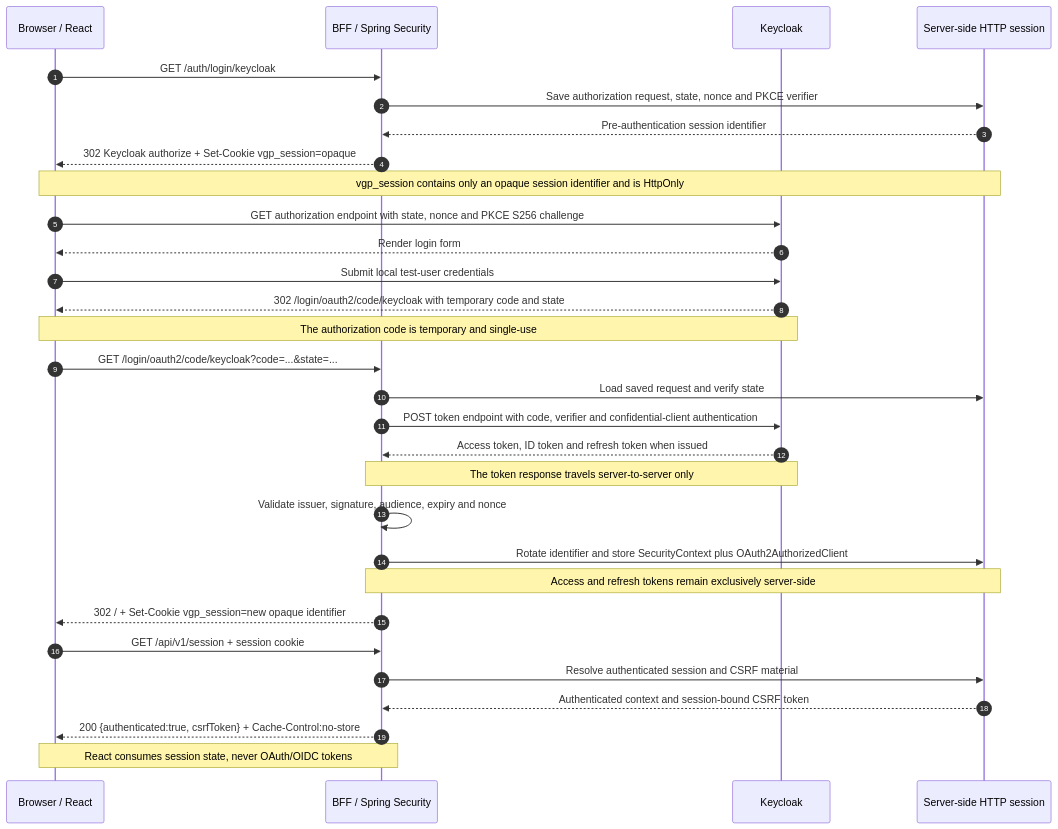
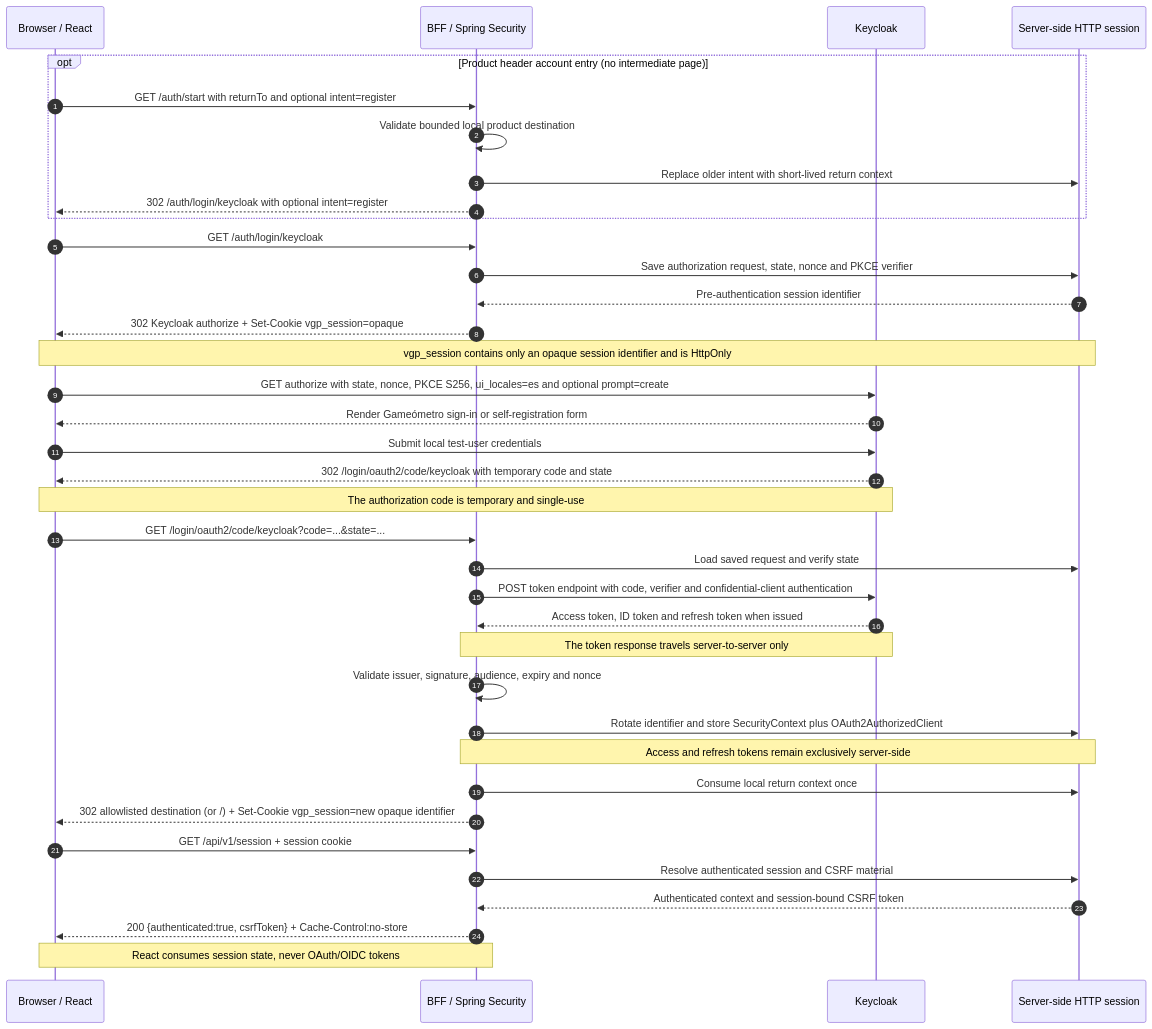
One commit to rubhern/videogame-platform changed the diagram in docs/architecture/diagrams/mermaid/oidc-bff-session-sequence.mmd. Above: the diagram before and after it, drawn with Mermaid. The commit also changed 49 other files, not shown here.

First line of the commit message:
feat(identity): add secure account navigation and local return (#215)

```diff
--- a/docs/architecture/diagrams/mermaid/oidc-bff-session-sequence.mmd
+++ b/docs/architecture/diagrams/mermaid/oidc-bff-session-sequence.mmd
@@ -1,32 +1,39 @@
 sequenceDiagram
     autonumber
 
     participant Browser as Browser / React
     participant BFF as BFF / Spring Security
     participant Keycloak
     participant Session as Server-side HTTP session
 
+    opt Product header account entry (no intermediate page)
+        Browser->>BFF: GET /auth/start with returnTo and optional intent=register
+        BFF->>BFF: Validate bounded local product destination
+        BFF->>Session: Replace older intent with short-lived return context
+        BFF-->>Browser: 302 /auth/login/keycloak with optional intent=register
+    end
     Browser->>BFF: GET /auth/login/keycloak
     BFF->>Session: Save authorization request, state, nonce and PKCE verifier
     Session-->>BFF: Pre-authentication session identifier
     BFF-->>Browser: 302 Keycloak authorize + Set-Cookie vgp_session=opaque
     Note over Browser,Session: vgp_session contains only an opaque session identifier and is HttpOnly
-    Browser->>Keycloak: GET authorization endpoint with state, nonce and PKCE S256 challenge
-    Keycloak-->>Browser: Render login form
+    Browser->>Keycloak: GET authorize with state, nonce, PKCE S256, ui_locales=es and optional prompt=create
+    Keycloak-->>Browser: Render Gameómetro sign-in or self-registration form
     Browser->>Keycloak: Submit local test-user credentials
     Keycloak-->>Browser: 302 /login/oauth2/code/keycloak with temporary code and state
     Note over Browser,Keycloak: The authorization code is temporary and single-use
     Browser->>BFF: GET /login/oauth2/code/keycloak?code=...&state=...
     BFF->>Session: Load saved request and verify state
     BFF->>Keycloak: POST token endpoint with code, verifier and confidential-client authentication
     Keycloak-->>BFF: Access token, ID token and refresh token when issued
     Note over BFF,Keycloak: The token response travels server-to-server only
     BFF->>BFF: Validate issuer, signature, audience, expiry and nonce
     BFF->>Session: Rotate identifier and store SecurityContext plus OAuth2AuthorizedClient
     Note over BFF,Session: Access and refresh tokens remain exclusively server-side
-    BFF-->>Browser: 302 / + Set-Cookie vgp_session=new opaque identifier
+    BFF->>Session: Consume local return context once
+    BFF-->>Browser: 302 allowlisted destination (or /) + Set-Cookie vgp_session=new opaque identifier
     Browser->>BFF: GET /api/v1/session + session cookie
     BFF->>Session: Resolve authenticated session and CSRF material
     Session-->>BFF: Authenticated context and session-bound CSRF token
     BFF-->>Browser: 200 {authenticated:true, csrfToken} + Cache-Control:no-store
     Note over Browser,BFF: React consumes session state, never OAuth/OIDC tokens
```
